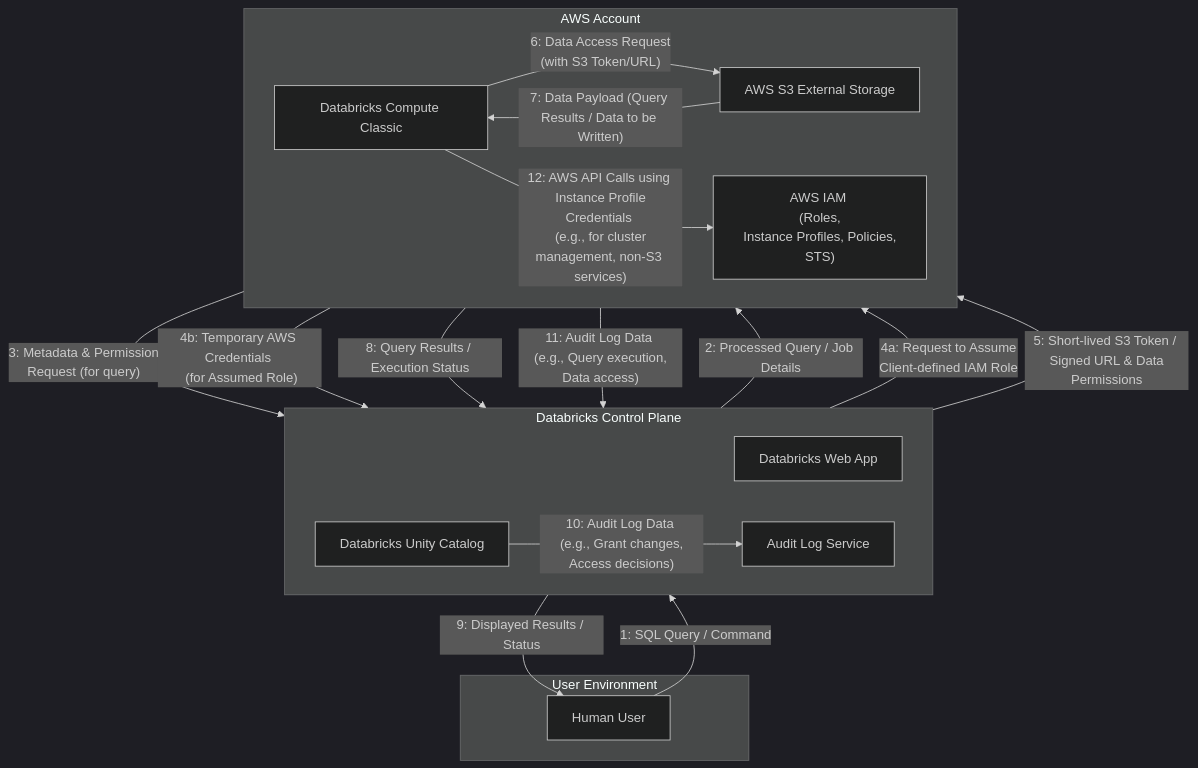
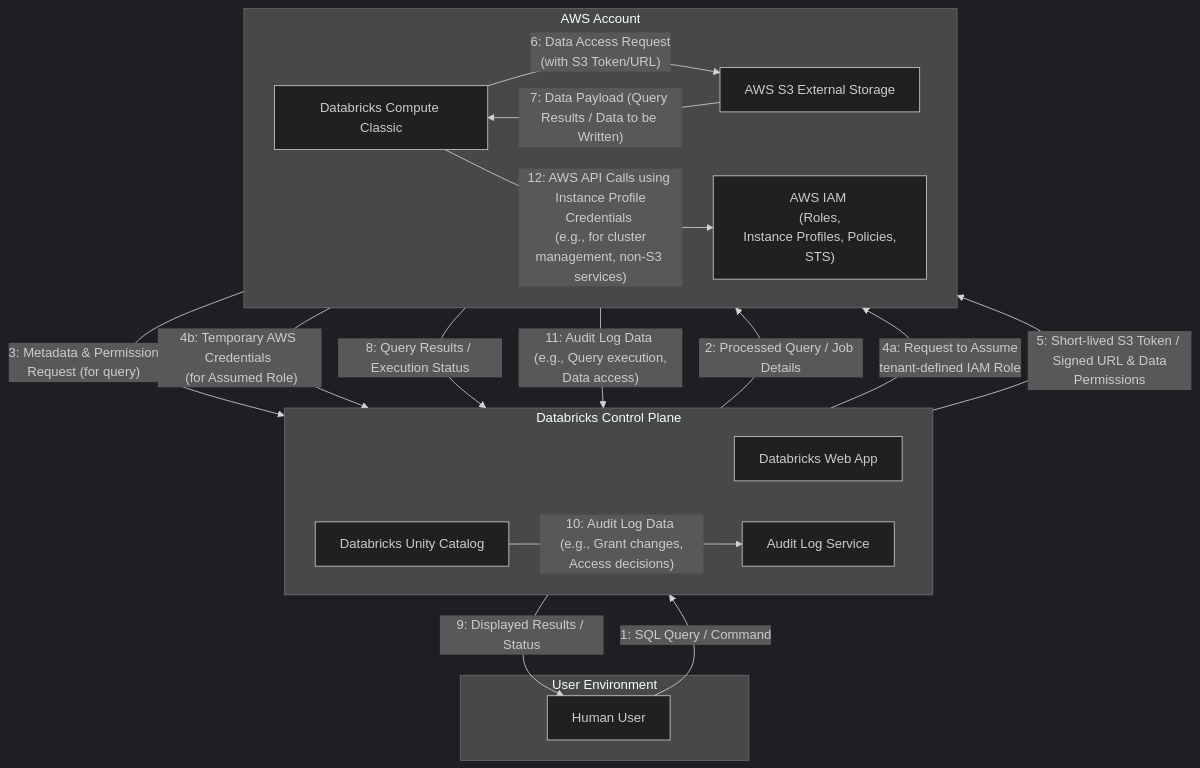
Before and after one commit to brabster/threat-models: the diagram in databricks/databricks_unity_catalog_threat_model.md, drawn with Mermaid (dark theme). The commit also changed other lines of this file, not shown here.

Commit message:
update databricks threat model

````diff
--- a/databricks/databricks_unity_catalog_threat_model.md
+++ b/databricks/databricks_unity_catalog_threat_model.md
@@ -38,47 +38,47 @@
 ```mermaid
 graph TD
     subgraph UserEnvironment["User Environment"]
         humanUser["Human User"]
     end
 
     subgraph DatabricksControlPlane["Databricks Control Plane"]
         direction LR
         databricksWebApp["Databricks Web App"]
         databricksUnityCatalog["Databricks Unity Catalog"]
         auditLogService["Audit Log Service"]
     end
 
     subgraph AwsAccount["AWS Account"]
         direction LR
         databricksComputeClassic["Databricks Compute Classic"]
         awsS3ExternalStorage["AWS S3 External Storage"]
         awsIAM["AWS IAM <br> (Roles, <br> Instance Profiles, Policies, STS)"]
     end
 
     %% Data Flows
     humanUser -- "1: SQL Query / Command" --> databricksWebApp
     databricksWebApp -- "2: Processed Query / Job Details" --> databricksComputeClassic
     databricksComputeClassic -- "3: Metadata & Permission <br> Request (for query)" --> databricksUnityCatalog
     
-    %% Unity Catalog assumes an IAM role (defined in Client's AWS IAM) to get temporary credentials
-    databricksUnityCatalog -- "4a: Request to Assume <br> Client-defined IAM Role" --> awsIAM
+    %% Unity Catalog assumes an IAM role (defined in tenant's AWS IAM) to get temporary credentials
+    databricksUnityCatalog -- "4a: Request to Assume <br> tenant-defined IAM Role" --> awsIAM
     awsIAM -- "4b: Temporary AWS Credentials <br> (for Assumed Role)" --> databricksUnityCatalog
     
     %% Unity Catalog uses the assumed role's credentials to generate specific, short-lived S3 credentials
     databricksUnityCatalog -- "5: Short-lived S3 Token / <br> Signed URL & Data Permissions" --> databricksComputeClassic
     
     %% Compute uses the S3 token/URL to access data in S3
     databricksComputeClassic -- "6: Data Access Request <br> (with S3 Token/URL)" --> awsS3ExternalStorage
     awsS3ExternalStorage -- "7: Data Payload (Query Results / Data to be Written)" --> databricksComputeClassic
     
     %% Results are returned to the user
     databricksComputeClassic -- "8: Query Results / Execution Status" --> databricksWebApp
     databricksWebApp -- "9: Displayed Results / Status" --> humanUser
 
     %% Audit Logging
     databricksUnityCatalog -- "10: Audit Log Data <br> (e.g., Grant changes, Access decisions)" --> auditLogService
     databricksComputeClassic -- "11: Audit Log Data <br> (e.g., Query execution, Data access)" --> auditLogService
 
     %% IAM Instance Profile usage by Compute for other AWS services (not the primary S3 data access path for user queries)
     databricksComputeClassic -- "12: AWS API Calls using <br> Instance Profile Credentials <br> (e.g., for cluster management, non-S3 services)" --> awsIAM
 ```
````
